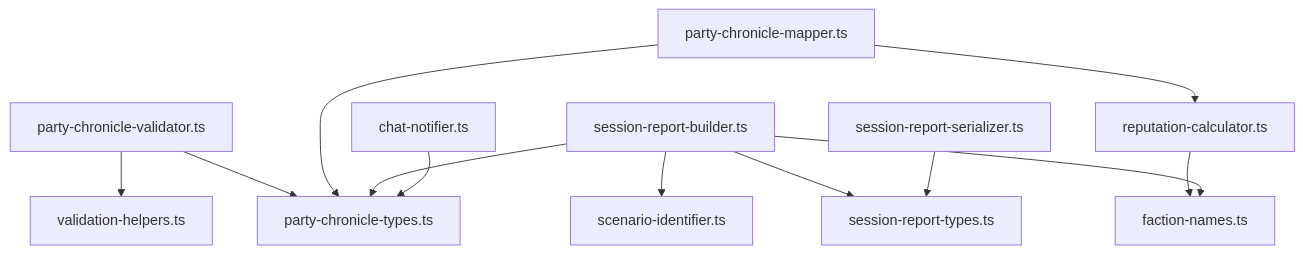
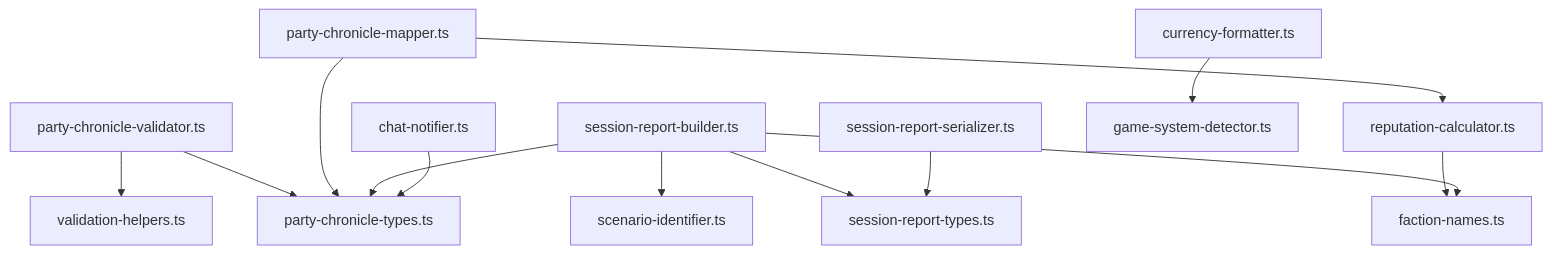
One commit to scooper4711/pfs-chronicle-generator changed the eighth of 13 diagrams in ARCHITECTURE.md. Above: the diagram before and after it, drawn with Mermaid. The commit also changed other lines of this file, not shown here.

Commit message:
docs: Update architecture document for 1.3.0

````diff
--- a/ARCHITECTURE.md
+++ b/ARCHITECTURE.md
@@ -321,31 +368,35 @@
 ```mermaid
 graph TD
     PCV["party-chronicle-validator.ts"]
     VH["validation-helpers.ts"]
     PCT["party-chronicle-types.ts"]
     PCM["party-chronicle-mapper.ts"]
     RC["reputation-calculator.ts"]
     FN["faction-names.ts"]
     SRB["session-report-builder.ts"]
     SI["scenario-identifier.ts"]
     SRT["session-report-types.ts"]
     SRS["session-report-serializer.ts"]
     CN["chat-notifier.ts"]
+    GSD["game-system-detector.ts"]
+    CF["currency-formatter.ts"]
 
     PCV --> VH
     PCV --> PCT
 
     PCM --> RC
     PCM --> PCT
 
     RC --> FN
 
     SRB --> FN
     SRB --> SI
     SRB --> SRT
     SRB --> PCT
 
     SRS --> SRT
 
     CN --> PCT
+
+    CF --> GSD
 ```
````
